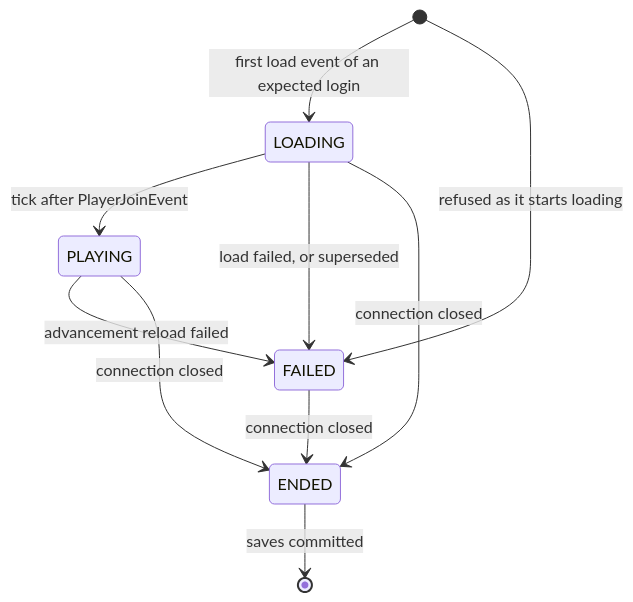
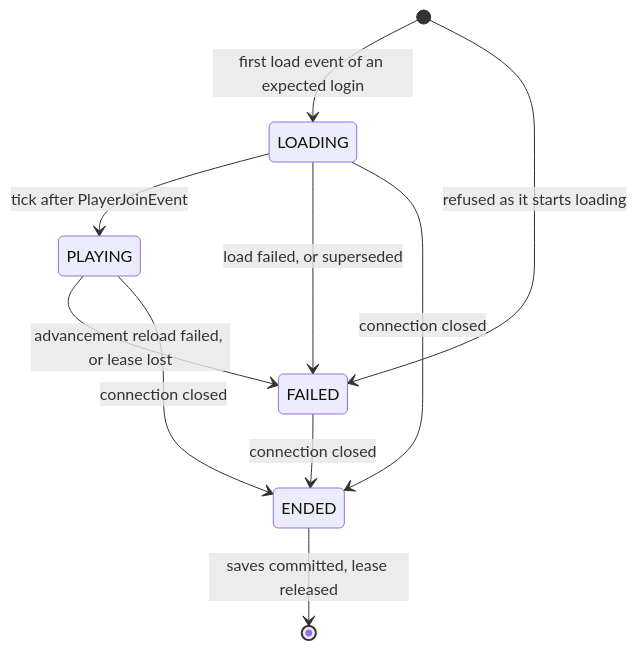
One commit to TeamMonumenta/monumenta-server-management changed the second of 6 diagrams in redis-sync/ARCHITECTURE.md. Above: the diagram before and after it, drawn with Mermaid. The commit also changed other lines of this file and 40 other files, not shown here.

````diff
--- a/redis-sync/ARCHITECTURE.md
+++ b/redis-sync/ARCHITECTURE.md
@@ -64,12 +103,12 @@
 ```mermaid
 stateDiagram-v2
     [*] --> LOADING: first load event of an expected login
     [*] --> FAILED: refused as it starts loading
     LOADING --> PLAYING: tick after PlayerJoinEvent
     LOADING --> FAILED: load failed, or superseded
-    PLAYING --> FAILED: advancement reload failed
+    PLAYING --> FAILED: advancement reload failed, or lease lost
     LOADING --> ENDED: connection closed
     PLAYING --> ENDED: connection closed
     FAILED --> ENDED: connection closed
-    ENDED --> [*]: saves committed
+    ENDED --> [*]: saves committed, lease released
 ```
````
